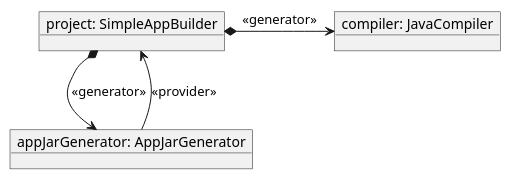
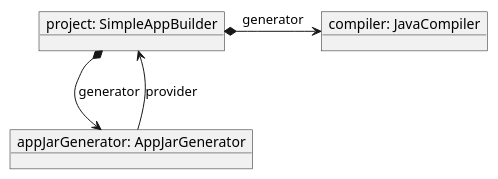
Before and after one commit to mnlipp/JDrupes-Builder: the third of 5 diagrams in overview.md, drawn with PlantUML. The commit also changed other lines of this file and 20 other files, not shown here.

```diff
--- a/overview.md
+++ b/overview.md
@@ -143,8 +30,8 @@
 @startuml simple-appjar-project.svg
 object "project: SimpleAppBuilder" as project
 object "compiler: JavaCompiler" as compiler
 object "appJarGenerator: AppJarGenerator" as appJarGenerator
-project *-right-> compiler : <<generator>>
-project *--> appJarGenerator : <<generator>>
-appJarGenerator --> project : <<provider>>
+project *-right-> compiler : generator
+project *--> appJarGenerator : generator
+appJarGenerator --> project : provider
 @enduml
```
